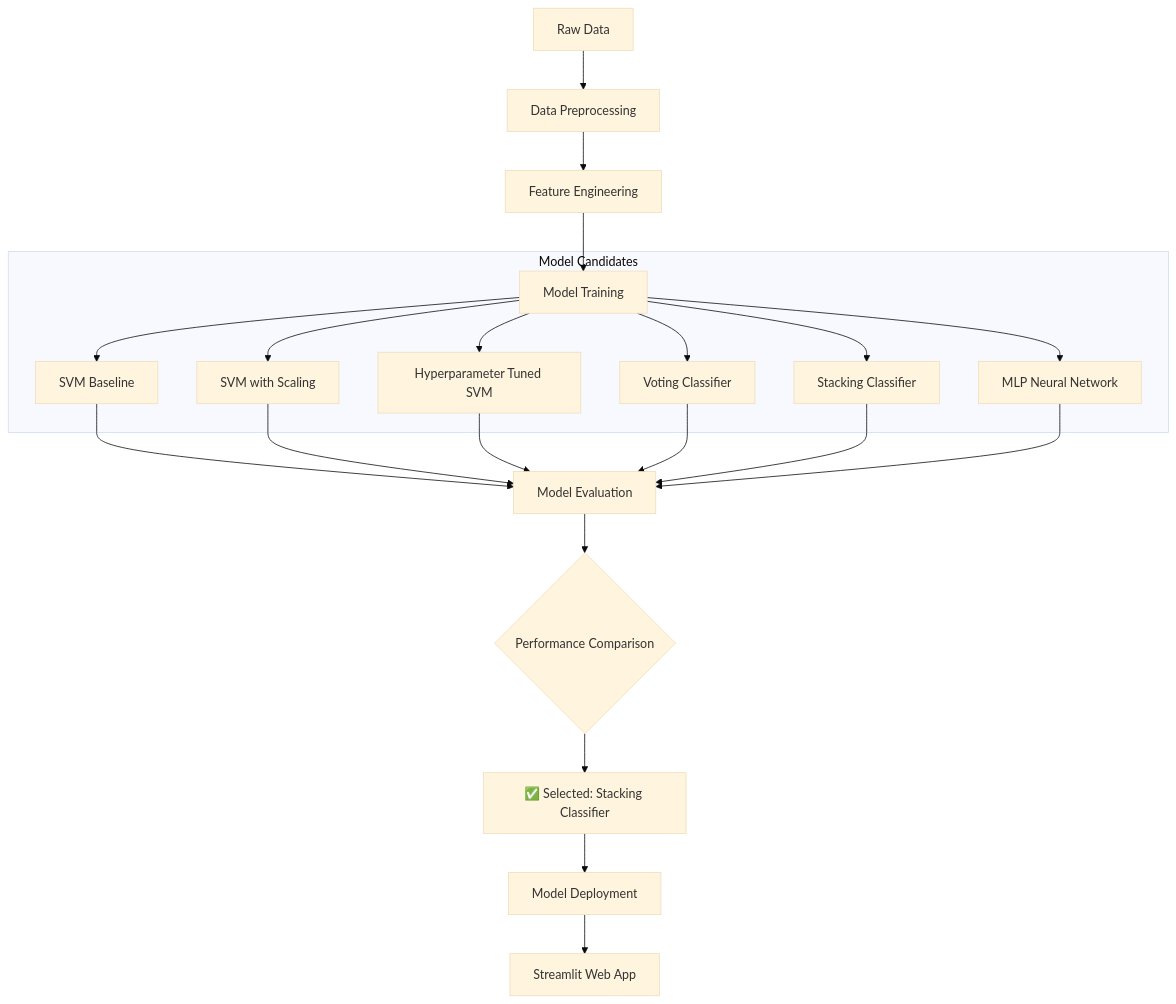
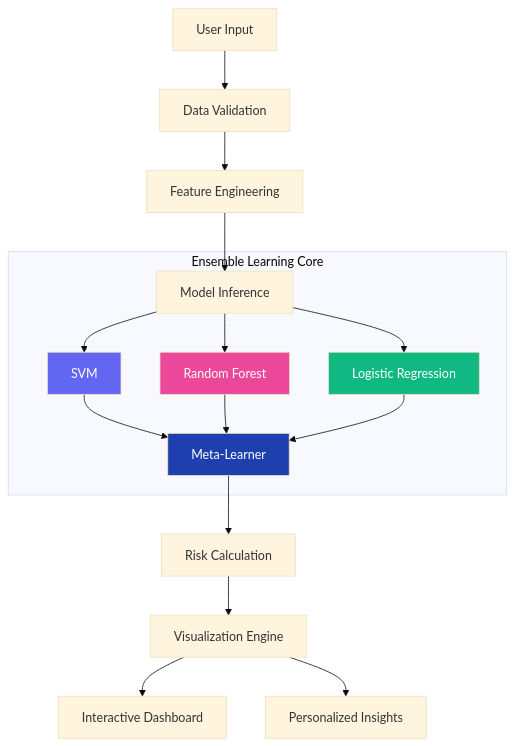
The diagram in README.md (Dibyendu17122003/FEMALE-DIABETES-PREDICTION-ML), drawn with Mermaid (base theme) before and after one commit. The commit also changed other lines of this file, not shown here.

````diff
--- a/README.md
+++ b/README.md
@@ -104,27 +72,25 @@
 ```mermaid
 flowchart TD
-    A[Raw Data] --> B[Data Preprocessing]
+    A[User Input] --> B[Data Validation]
     B --> C[Feature Engineering]
-    C --> D[Model Training]
+    C --> D[Model Inference]
     
-    subgraph "Model Candidates"
-        D --> E[SVM Baseline]
-        D --> F[SVM with Scaling]
-        D --> G[Hyperparameter Tuned SVM]
-        D --> H[Voting Classifier]
-        D --> I[Stacking Classifier]
-        D --> J[MLP Neural Network]
+    subgraph "Ensemble Learning Core"
+        D --> E[SVM]
+        D --> F[Random Forest]
+        D --> G[Logistic Regression]
+        E --> H[Meta-Learner]
+        F --> H
+        G --> H
     end
     
-    E --> K[Model Evaluation]
-    F --> K
-    G --> K
-    H --> K
-    I --> K
-    J --> K
+    H --> I[Risk Calculation]
+    I --> J[Visualization Engine]
+    J --> K[Interactive Dashboard]
+    J --> L[Personalized Insights]
     
-    K --> L{Performance Comparison}
-    L --> M[✅ Selected: Stacking Classifier]
-    M --> N[Model Deployment]
-    N --> O[Streamlit Web App]
+    style E fill:#6366f1,color:white
+    style F fill:#ec4899,color:white
+    style G fill:#10b981,color:white
+    style H fill:#1e40af,color:white
 ```
````
